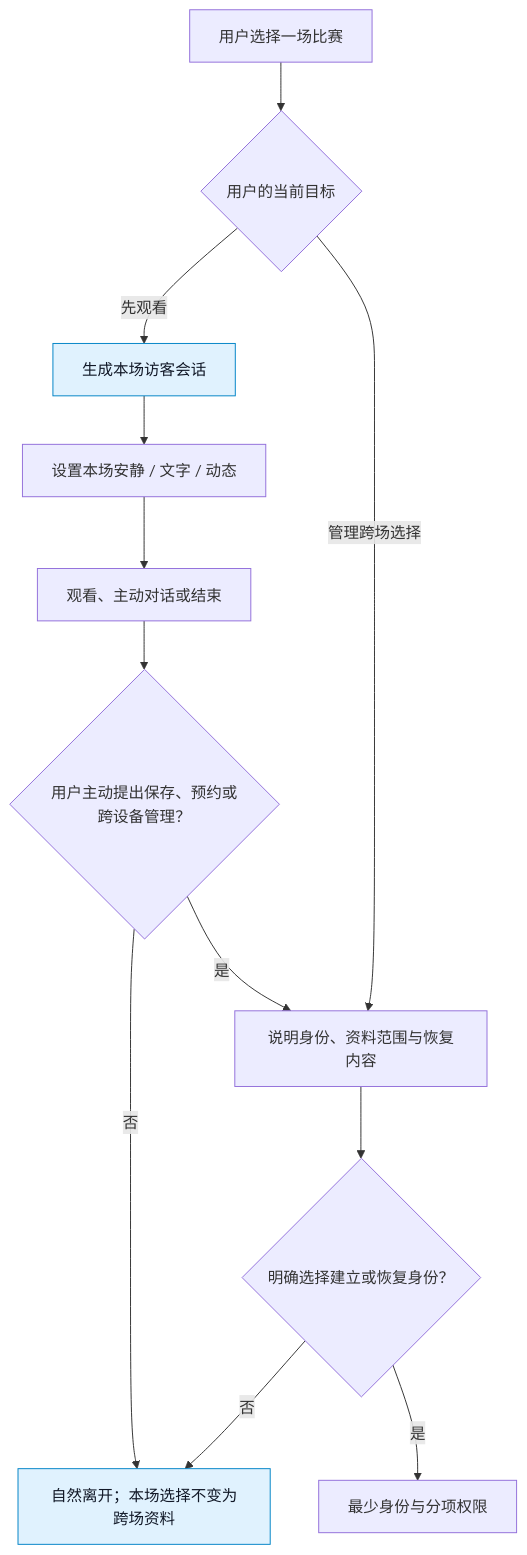
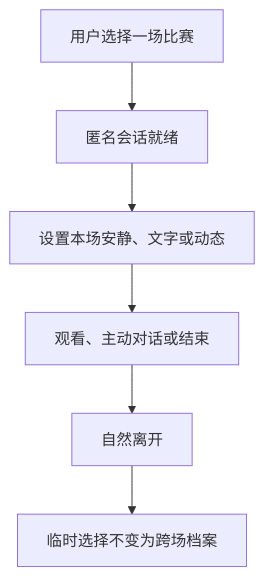
One commit to weiz98417-crypto/qiuqiu changed the second of 3 diagrams in docs/球球全套资料/4.产品设计/37-匿名身份、权限与会话设计.md. Above: the diagram before and after it, drawn with Mermaid. The commit also changed other lines of this file and 49 other files, not shown here.

````diff
--- a/docs/球球全套资料/4.产品设计/37-匿名身份、权限与会话设计.md
+++ b/docs/球球全套资料/4.产品设计/37-匿名身份、权限与会话设计.md
@@ -139,17 +99,8 @@
 ```mermaid
 flowchart TD
-    A[用户选择一场比赛] --> B{用户的当前目标}
-    B -->|先观看| C[生成本场访客会话]
-    B -->|管理跨场选择| D[说明身份、资料范围与恢复内容]
-    C --> E[设置本场安静 / 文字 / 动态]
-    E --> F[观看、主动对话或结束]
-    F --> G{用户主动提出保存、预约或跨设备管理？}
-    G -->|否| H[自然离开；本场选择不变为跨场资料]
-    G -->|是| D
-    D --> I{明确选择建立或恢复身份？}
-    I -->|否| H
-    I -->|是| J[最少身份与分项权限]
-
-    classDef guest fill:#e0f2fe,stroke:#0284c7,color:#111827;
-    class C,H guest;
+    A[用户选择一场比赛] --> B[匿名会话就绪]
+    B --> C[设置本场安静、文字或动态]
+    C --> D[观看、主动对话或结束]
+    D --> E[自然离开]
+    E --> F[临时选择不变为跨场档案]
 ```
````
